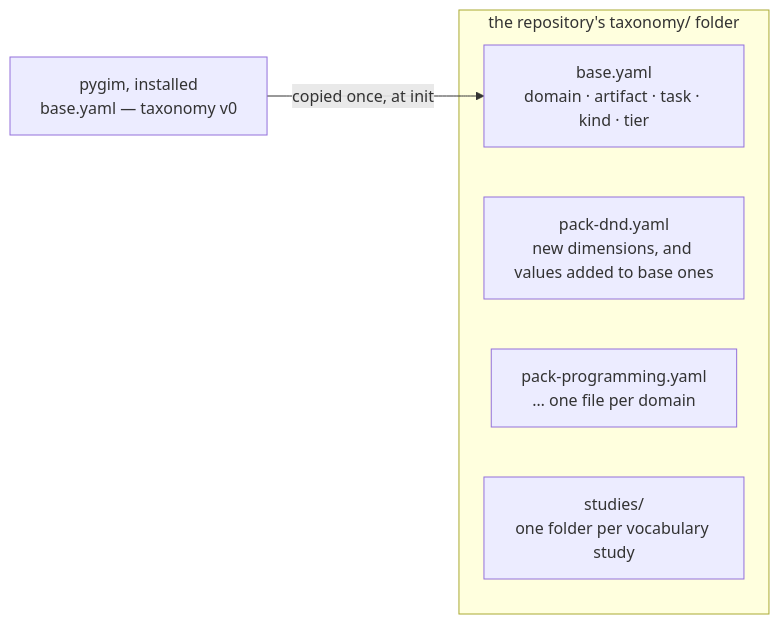
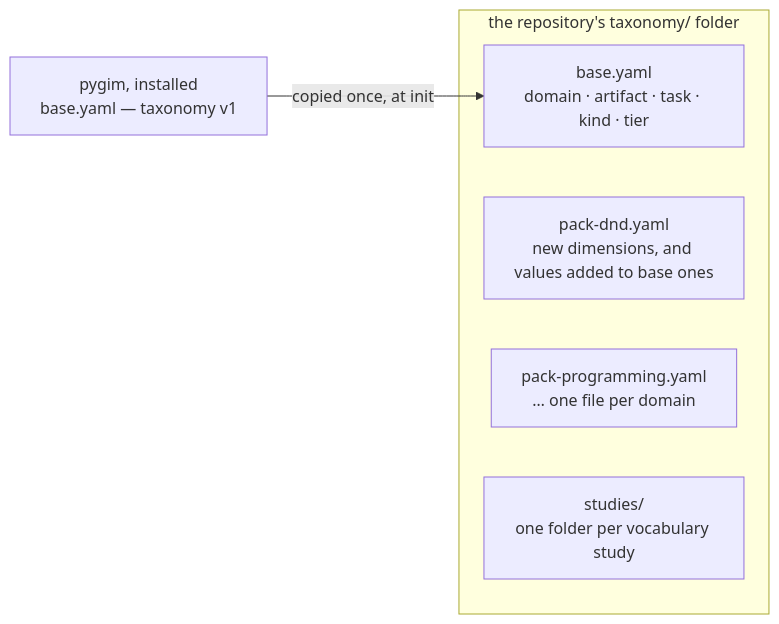
One commit to Debith/pygim changed the first of 5 diagrams in docs/design/enact/02_taxonomy_and_sources.md. Above: the diagram before and after it, drawn with Mermaid. The commit also changed other lines of this file and 20 other files, not shown here.

````diff
--- a/docs/design/enact/02_taxonomy_and_sources.md
+++ b/docs/design/enact/02_taxonomy_and_sources.md
@@ -27,10 +27,10 @@
 ```mermaid
 flowchart LR
-    tool["pygim, installed<br/>base.yaml — taxonomy v0"] -- "copied once, at init" --> base
+    tool["pygim, installed<br/>base.yaml — taxonomy v1"] -- "copied once, at init" --> base
     subgraph repo["the repository's taxonomy/ folder"]
         base["base.yaml<br/>domain · artifact · task · kind · tier"]
         dnd["pack-dnd.yaml<br/>new dimensions, and values added to base ones"]
         more["pack-programming.yaml<br/>… one file per domain"]
         studies["studies/<br/>one folder per vocabulary study"]
     end
 ```
````
